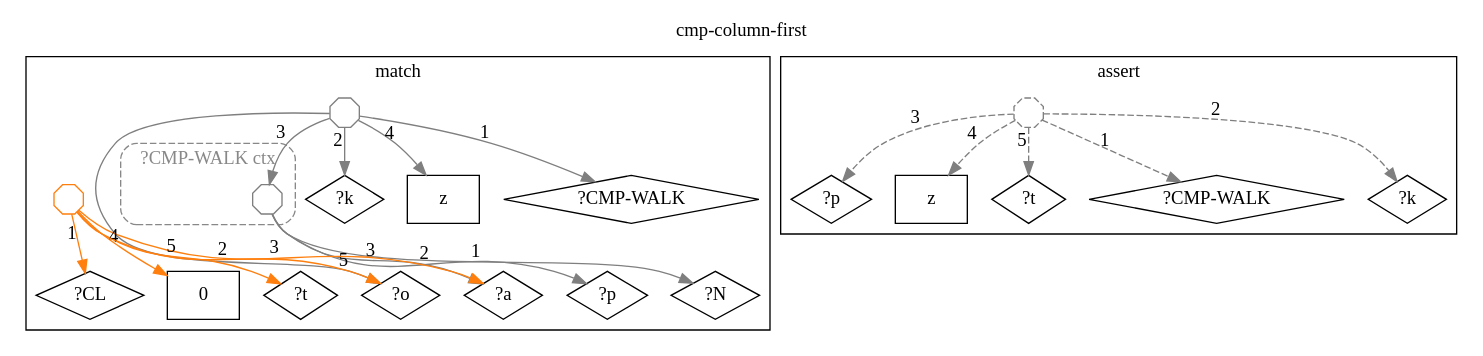
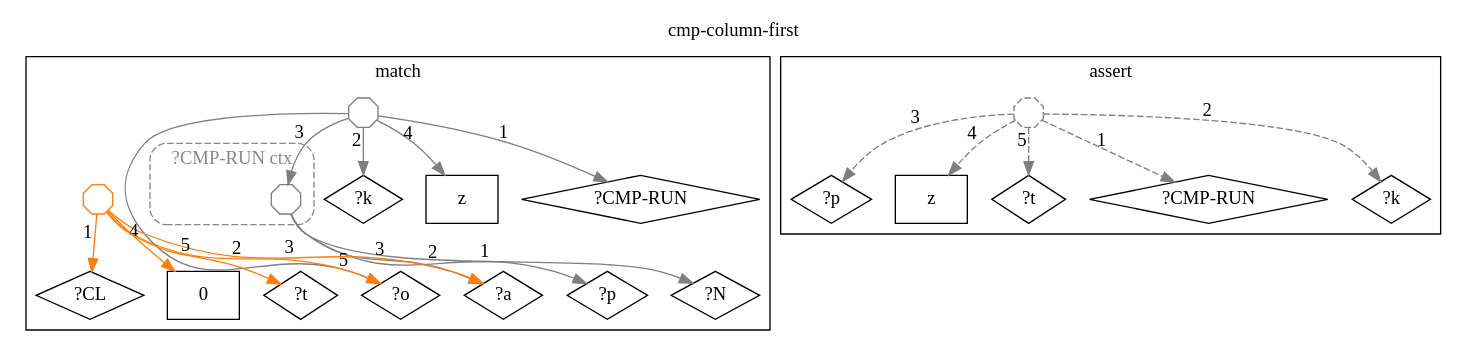
The diagram in docs/ein/user/04-reference/04-stdlib/diagrams/10-std.math.positional.cmp-column-first.dot (agutikov/ein), drawn with Graphviz before and after one commit. The commit also changed 347 other files, not shown here.

```diff
--- a/docs/ein/user/04-reference/04-stdlib/diagrams/10-std.math.positional.cmp-column-first.dot
+++ b/docs/ein/user/04-reference/04-stdlib/diagrams/10-std.math.positional.cmp-column-first.dot
@@ -1,48 +1,48 @@
 digraph rule_cmp_column_first_lhs_rhs {
   rankdir=TB;
   label="cmp-column-first"; labelloc=t;
   subgraph cluster_lhs { label="match";
-    "?CMP-WALK_L" [label="?CMP-WALK", shape=diamond];
+    "?CMP-RUN_L" [label="?CMP-RUN", shape=diamond];
     "?k_L" [label="?k", shape=diamond];
     "?N_L" [label="?N", shape=diamond];
     "?p_L" [label="?p", shape=diamond];
     "?a_L" [label="?a", shape=diamond];
     "z_L" [label="z", shape=box];
     "?o_L" [label="?o", shape=diamond];
     "?CL_L" [label="?CL", shape=diamond];
     "0_L" [label="0", shape=box];
     "?t_L" [label="?t", shape=diamond];
     subgraph cluster_ctx_L_0 {
-      label="?CMP-WALK ctx"; style="dashed,rounded"; color="#888888"; fontcolor="#888888";
+      label="?CMP-RUN ctx"; style="dashed,rounded"; color="#888888"; fontcolor="#888888";
       "(?N ?p ?a)_L" [shape=octagon, label="", width=0.3, height=0.3, fixedsize=true, color="#7f7f7f"];
     }
-    "h1_CMP-WALK_L" [shape=octagon, label="", width=0.3, height=0.3, fixedsize=true, color="#7f7f7f"];
-    "h1_CMP-WALK_L" -> "?CMP-WALK_L" [xlabel="1", color="#7f7f7f"];
-    "h1_CMP-WALK_L" -> "?k_L" [xlabel="2", color="#7f7f7f"];
-    "h1_CMP-WALK_L" -> "(?N ?p ?a)_L" [xlabel="3", color="#7f7f7f"];
-    "h1_CMP-WALK_L" -> "z_L" [xlabel="4", color="#7f7f7f"];
-    "h1_CMP-WALK_L" -> "?o_L" [xlabel="5", color="#7f7f7f"];
+    "h1_CMP-RUN_L" [shape=octagon, label="", width=0.3, height=0.3, fixedsize=true, color="#7f7f7f"];
+    "h1_CMP-RUN_L" -> "?CMP-RUN_L" [xlabel="1", color="#7f7f7f"];
+    "h1_CMP-RUN_L" -> "?k_L" [xlabel="2", color="#7f7f7f"];
+    "h1_CMP-RUN_L" -> "(?N ?p ?a)_L" [xlabel="3", color="#7f7f7f"];
+    "h1_CMP-RUN_L" -> "z_L" [xlabel="4", color="#7f7f7f"];
+    "h1_CMP-RUN_L" -> "?o_L" [xlabel="5", color="#7f7f7f"];
     "h2_CL_L" [shape=octagon, label="", width=0.3, height=0.3, fixedsize=true, color="#ff7f0e"];
     "h2_CL_L" -> "?CL_L" [xlabel="1", color="#ff7f0e"];
     "h2_CL_L" -> "?o_L" [xlabel="2", color="#ff7f0e"];
     "h2_CL_L" -> "?a_L" [xlabel="3", color="#ff7f0e"];
     "h2_CL_L" -> "0_L" [xlabel="4", color="#ff7f0e"];
     "h2_CL_L" -> "?t_L" [xlabel="5", color="#ff7f0e"];
     "(?N ?p ?a)_L" -> "?N_L" [xlabel="1", color="#7f7f7f"];
     "(?N ?p ?a)_L" -> "?p_L" [xlabel="2", color="#7f7f7f"];
     "(?N ?p ?a)_L" -> "?a_L" [xlabel="3", color="#7f7f7f"];
   }
   subgraph cluster_rhs { label="assert";
-    "?CMP-WALK_R" [label="?CMP-WALK", shape=diamond];
+    "?CMP-RUN_R" [label="?CMP-RUN", shape=diamond];
     "?k_R" [label="?k", shape=diamond];
     "?p_R" [label="?p", shape=diamond];
     "z_R" [label="z", shape=box];
     "?t_R" [label="?t", shape=diamond];
-    "h3_CMP-WALK_R" [shape=octagon, label="", width=0.3, height=0.3, fixedsize=true, color="#7f7f7f", style=dashed];
-    "h3_CMP-WALK_R" -> "?CMP-WALK_R" [xlabel="1", color="#7f7f7f", style=dashed];
-    "h3_CMP-WALK_R" -> "?k_R" [xlabel="2", color="#7f7f7f", style=dashed];
-    "h3_CMP-WALK_R" -> "?p_R" [xlabel="3", color="#7f7f7f", style=dashed];
-    "h3_CMP-WALK_R" -> "z_R" [xlabel="4", color="#7f7f7f", style=dashed];
-    "h3_CMP-WALK_R" -> "?t_R" [xlabel="5", color="#7f7f7f", style=dashed];
+    "h3_CMP-RUN_R" [shape=octagon, label="", width=0.3, height=0.3, fixedsize=true, color="#7f7f7f", style=dashed];
+    "h3_CMP-RUN_R" -> "?CMP-RUN_R" [xlabel="1", color="#7f7f7f", style=dashed];
+    "h3_CMP-RUN_R" -> "?k_R" [xlabel="2", color="#7f7f7f", style=dashed];
+    "h3_CMP-RUN_R" -> "?p_R" [xlabel="3", color="#7f7f7f", style=dashed];
+    "h3_CMP-RUN_R" -> "z_R" [xlabel="4", color="#7f7f7f", style=dashed];
+    "h3_CMP-RUN_R" -> "?t_R" [xlabel="5", color="#7f7f7f", style=dashed];
   }
 }
```
